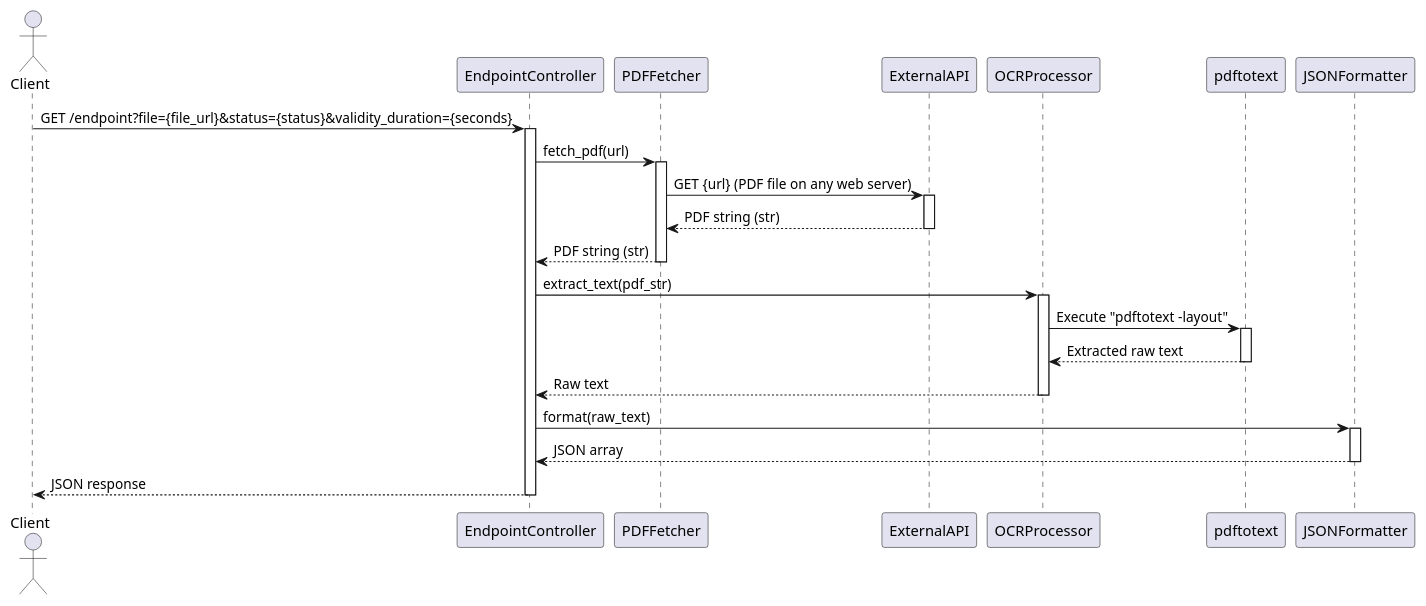
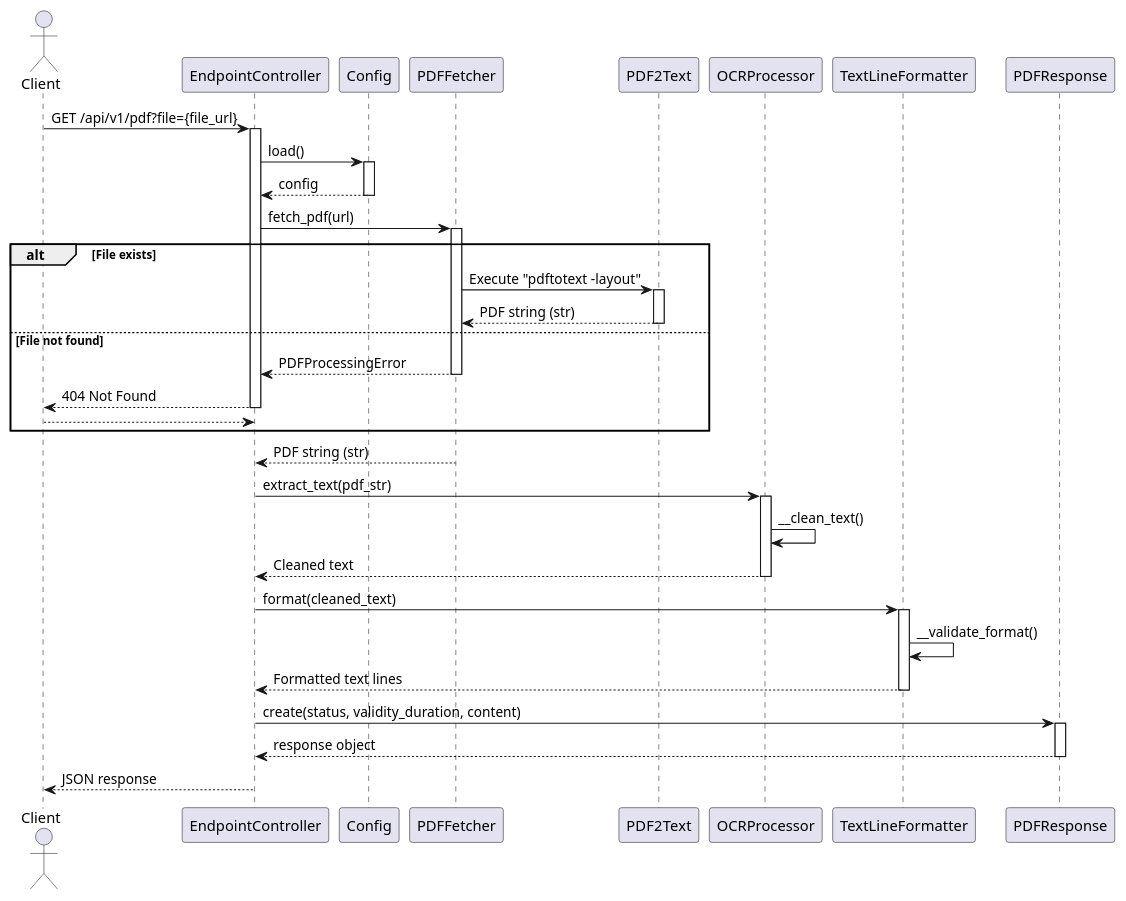
One commit to CPNV-ES-BI1-RIA2-ETL-INTERNAL-SOURCE/INTERNAL-SOURCE-EXTRACT changed the diagram in diagrams/sequenceDiagram.puml. Above: the diagram before and after it, drawn with PlantUML. The commit also changed 14 other files, not shown here.

```diff
--- a/diagrams/sequenceDiagram.puml
+++ b/diagrams/sequenceDiagram.puml
@@ -1,36 +1,53 @@
 @startuml
 actor Client
 
-Client -> EndpointController : GET /endpoint?file={file_url}&status={status}&validity_duration={seconds}
+Client -> EndpointController : GET /api/v1/pdf?file={file_url}
 activate EndpointController
+
+EndpointController -> Config : load()
+activate Config
+Config --> EndpointController : config
+deactivate Config
 
 EndpointController -> PDFFetcher : fetch_pdf(url)
 activate PDFFetcher
 
-PDFFetcher -> ExternalAPI : GET {url} (PDF file on any web server)
-activate ExternalAPI
-ExternalAPI --> PDFFetcher : PDF string (str)
-deactivate ExternalAPI
+alt File exists
+    PDFFetcher -> PDF2Text : Execute "pdftotext -layout"
+    activate PDF2Text
+    PDF2Text --> PDFFetcher : PDF string (str)
+    deactivate PDF2Text
+else File not found
+    PDFFetcher --> EndpointController : PDFProcessingError
+    deactivate PDFFetcher
+    EndpointController --> Client : 404 Not Found
+    deactivate EndpointController
+    return
+end
 
 PDFFetcher --> EndpointController : PDF string (str)
 deactivate PDFFetcher
 
 EndpointController -> OCRProcessor : extract_text(pdf_str)
 activate OCRProcessor
 
-OCRProcessor -> pdftotext : Execute "pdftotext -layout"
-activate pdftotext
-pdftotext --> OCRProcessor : Extracted raw text
-deactivate pdftotext
-
-OCRProcessor --> EndpointController : Raw text
+OCRProcessor -> OCRProcessor : __clean_text()
+OCRProcessor --> EndpointController : Cleaned text
 deactivate OCRProcessor
 
-EndpointController -> JSONFormatter : format(raw_text)
-activate JSONFormatter
-JSONFormatter --> EndpointController : JSON array
-deactivate JSONFormatter
+EndpointController -> TextLineFormatter : format(cleaned_text)
+activate TextLineFormatter
+
+TextLineFormatter -> TextLineFormatter : __validate_format()
+TextLineFormatter --> EndpointController : Formatted text lines
+deactivate TextLineFormatter
+
+EndpointController -> PDFResponse : create(status, validity_duration, content)
+activate PDFResponse
+PDFResponse --> EndpointController : response object
+deactivate PDFResponse
 
 EndpointController --> Client : JSON response
 deactivate EndpointController
+
 @enduml
```
